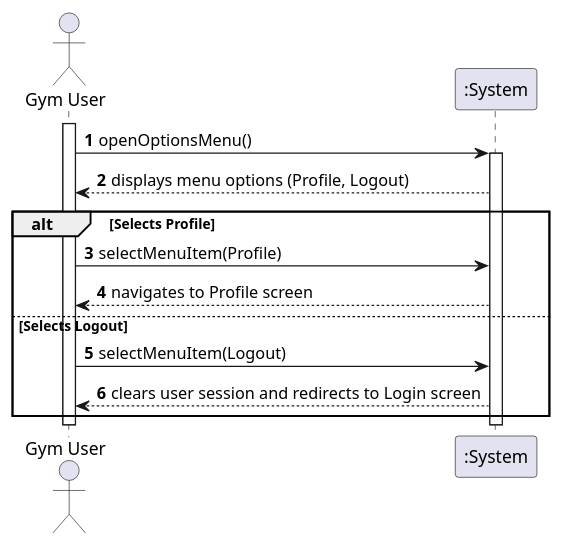
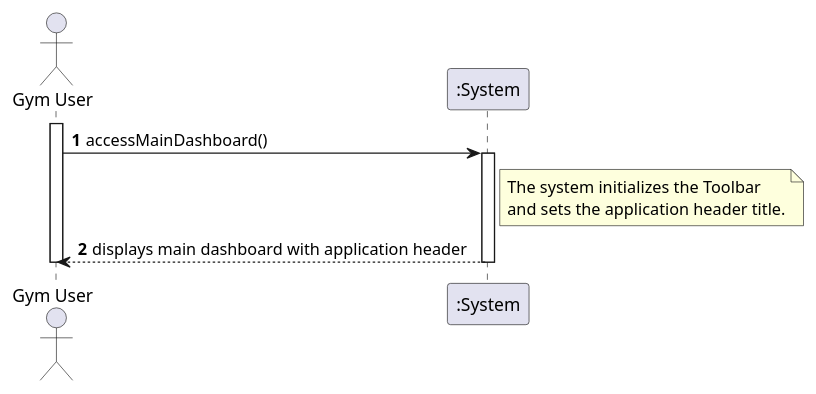
One commit to Martim690/DSSMV_ProjectDroid_1240690_1240842 changed the diagram in docs/US06/puml/SSD/ssd_us06.puml. Above: the diagram before and after it, drawn with PlantUML. The commit also changed 29 other files, not shown here.

Commit message:
update main dashboard layout

```diff
--- a/docs/US06/puml/SSD/ssd_us06.puml
+++ b/docs/US06/puml/SSD/ssd_us06.puml
@@ -1,22 +1,15 @@
 @startuml
 autonumber
 actor "Gym User" as User
 participant ":System" as System
 
 activate User
-User -> System : openOptionsMenu()
+User -> System : accessMainDashboard()
 activate System
 
-System --> User : displays menu options (Profile, Logout)
+note right of System: The system initializes the Toolbar\nand sets the application header title.
 
-alt Selects Profile
-    User -> System : selectMenuItem(Profile)
-    System --> User : navigates to Profile screen
-else Selects Logout
-    User -> System : selectMenuItem(Logout)
-    System --> User : clears user session and redirects to Login screen
-end
-
+System --> User : displays main dashboard with application header
 deactivate System
 deactivate User
 @enduml
```
